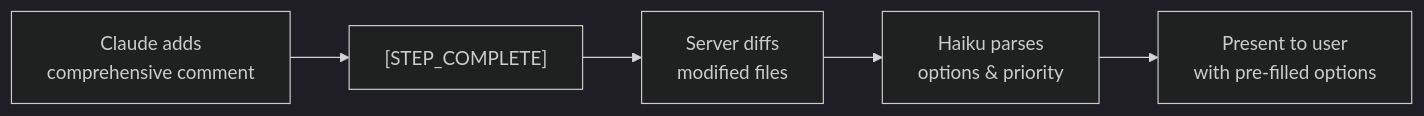
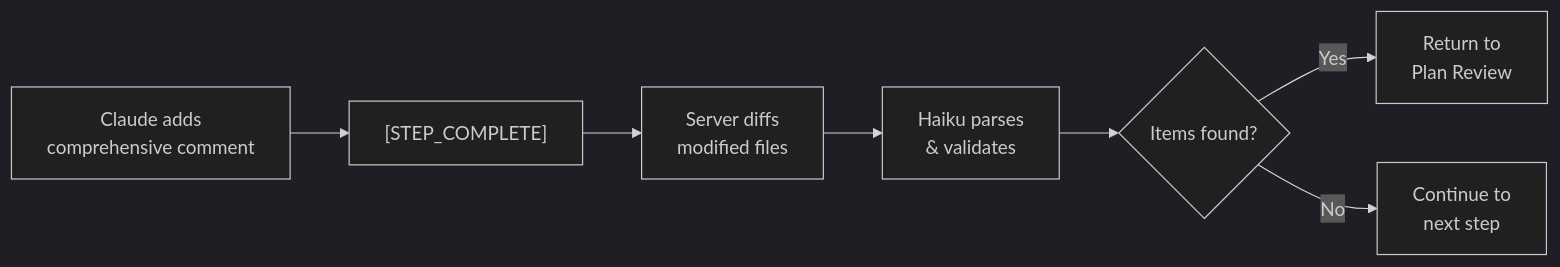
The sixth of 14 diagrams in README.md (clrke/claude-web), drawn with Mermaid (dark theme) before and after one commit. The commit also changed other lines of this file, not shown here.

````diff
--- a/README.md
+++ b/README.md
@@ -352,7 +348,9 @@
 ```mermaid
 flowchart LR
     A["Claude adds<br/>comprehensive comment"] --> B["[STEP_COMPLETE]"]
     B --> C["Server diffs<br/>modified files"]
-    C --> D["Haiku parses<br/>options & priority"]
-    D --> E["Present to user<br/>with pre-filled options"]
+    C --> D["Haiku parses<br/>& validates"]
+    D --> E{"Items found?"}
+    E -->|Yes| F["Return to<br/>Plan Review"]
+    E -->|No| G["Continue to<br/>next step"]
 ```
````
